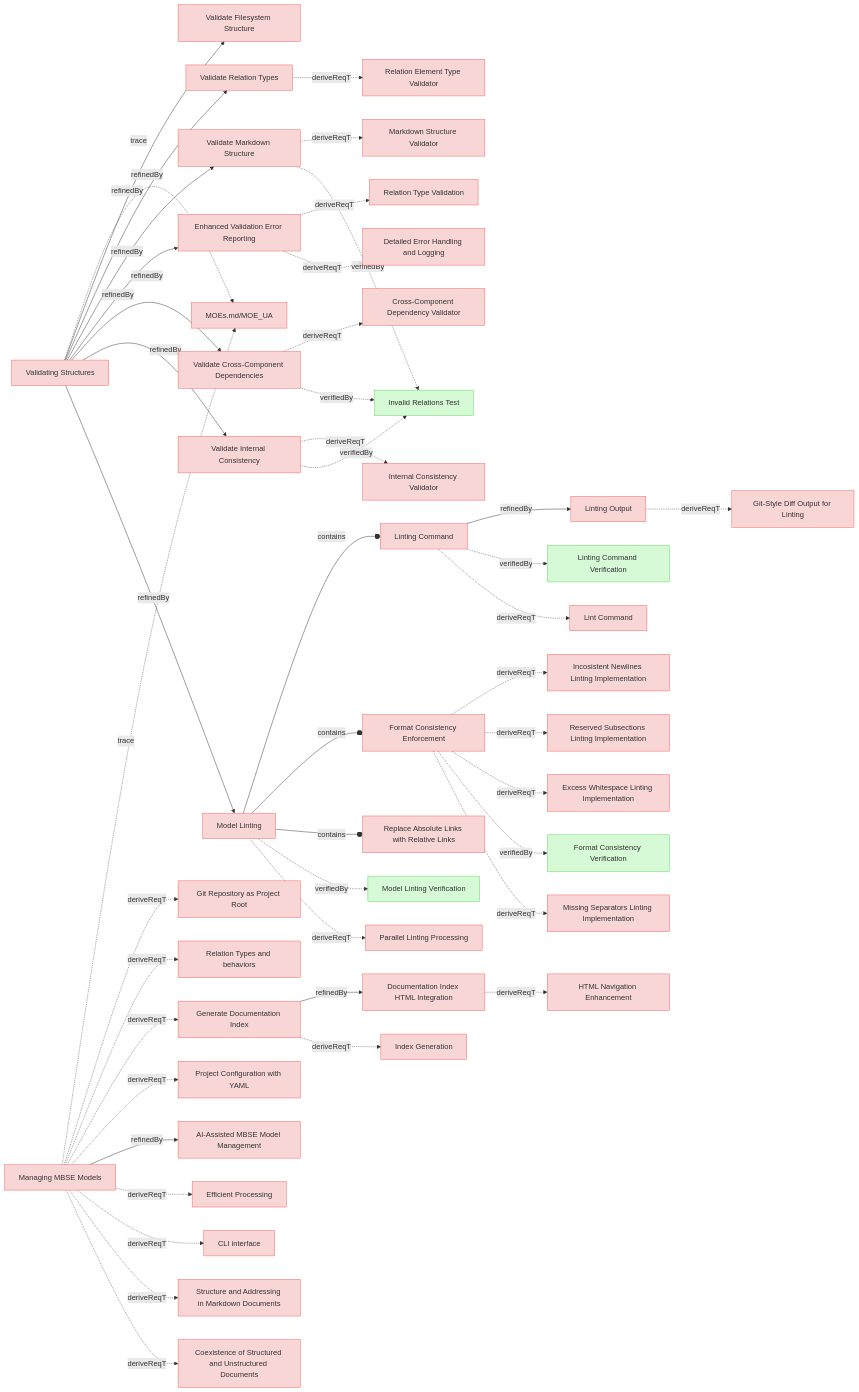
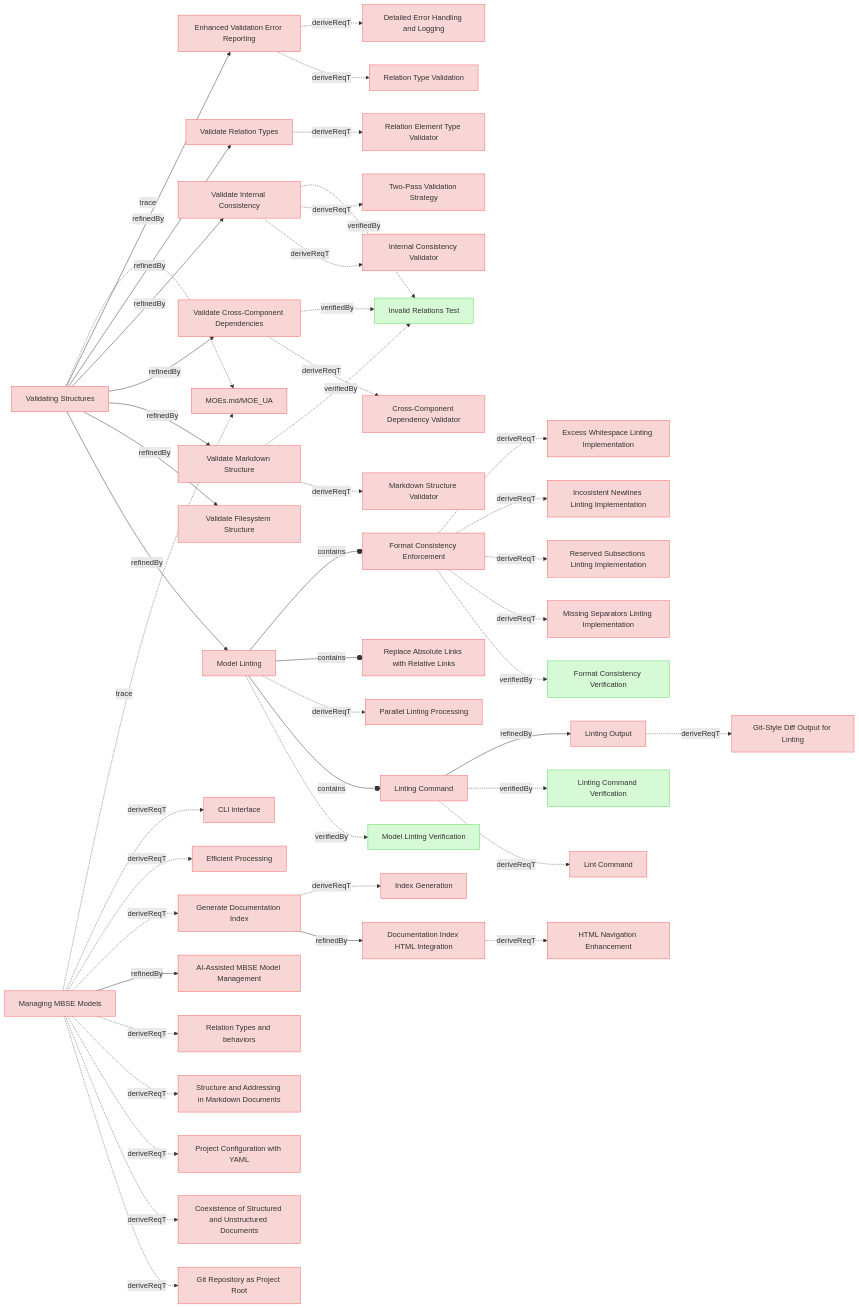
One commit to reqvire-org/reqvire changed the third of 9 diagrams in specifications/UserRequirements.md. Above: the diagram before and after it, drawn with Mermaid. The commit also changed other lines of this file and 64 other files, not shown here.

````diff
--- a/specifications/UserRequirements.md
+++ b/specifications/UserRequirements.md
@@ -133,6 +133,57 @@
   classDef externalLink fill:#d0e0ff,stroke:#3080ff,stroke-width:1px;
   classDef default fill:#f5f5f5,stroke:#333333,stroke-width:1px;
 
+  26fdf88d16b09109["Linting Output"];
+  class 26fdf88d16b09109 requirement;
+  click 26fdf88d16b09109 "UserRequirements.md#linting-output";
+  b7dd9db7a1290b97["Git-Style Diff Output for Linting"];
+  class b7dd9db7a1290b97 requirement;
+  click b7dd9db7a1290b97 "SystemRequirements/Requirements.md#git-style-diff-output-for-linting";
+  26fdf88d16b09109 -.->|deriveReqT| b7dd9db7a1290b97;
+  974ccf933675ef44["Format Consistency Enforcement"];
+  class 974ccf933675ef44 requirement;
+  click 974ccf933675ef44 "UserRequirements.md#format-consistency-enforcement";
+  9f473f6e0b993cac["Excess Whitespace Linting Implementation"];
+  class 9f473f6e0b993cac requirement;
+  click 9f473f6e0b993cac "SystemRequirements/Requirements.md#excess-whitespace-linting-implementation";
+  974ccf933675ef44 -.->|deriveReqT| 9f473f6e0b993cac;
+  7d44a9de72f2ed11["Incosistent Newlines Linting Implementation"];
+  class 7d44a9de72f2ed11 requirement;
+  click 7d44a9de72f2ed11 "SystemRequirements/Requirements.md#incosistent-newlines-linting-implementation";
+  974ccf933675ef44 -.->|deriveReqT| 7d44a9de72f2ed11;
+  a7bd845c64d1685e["Reserved Subsections Linting Implementation"];
+  class a7bd845c64d1685e requirement;
+  click a7bd845c64d1685e "SystemRequirements/Requirements.md#reserved-subsections-linting-implementation";
+  974ccf933675ef44 -.->|deriveReqT| a7bd845c64d1685e;
+  719bf8b75772947d["Missing Separators Linting Implementation"];
+  class 719bf8b75772947d requirement;
+  click 719bf8b75772947d "SystemRequirements/Requirements.md#missing-separators-linting-implementation";
+  974ccf933675ef44 -.->|deriveReqT| 719bf8b75772947d;
+  b8bfbd5ccf026b31["Format Consistency Verification"];
+  class b8bfbd5ccf026b31 verification;
+  click b8bfbd5ccf026b31 "Verifications/LintingTests.md#format-consistency-verification";
+  974ccf933675ef44 -.->|verifiedBy| b8bfbd5ccf026b31;
+  3b10b8811daaed67["Enhanced Validation Error Reporting"];
+  class 3b10b8811daaed67 requirement;
+  click 3b10b8811daaed67 "UserRequirements.md#enhanced-validation-error-reporting";
+  4ecd49d71920c1fc["Detailed Error Handling and Logging"];
+  class 4ecd49d71920c1fc requirement;
+  click 4ecd49d71920c1fc "SystemRequirements/Requirements.md#detailed-error-handling-and-logging";
+  3b10b8811daaed67 -.->|deriveReqT| 4ecd49d71920c1fc;
+  db64a3e25646a37f["Relation Type Validation"];
+  class db64a3e25646a37f requirement;
+  click db64a3e25646a37f "SystemRequirements/Requirements.md#relation-type-validation";
+  3b10b8811daaed67 -.->|deriveReqT| db64a3e25646a37f;
+  8dfe33c28555e80a["Replace Absolute Links with Relative Links"];
+  class 8dfe33c28555e80a requirement;
+  click 8dfe33c28555e80a "UserRequirements.md#replace-absolute-links-with-relative-links";
+  f25cbfbca6d6d92e["Validate Relation Types"];
+  class f25cbfbca6d6d92e requirement;
+  click f25cbfbca6d6d92e "UserRequirements.md#validate-relation-types";
+  dc7a9bb1bbebc57f["Relation Element Type Validator"];
+  class dc7a9bb1bbebc57f requirement;
+  click dc7a9bb1bbebc57f "SystemRequirements/Requirements.md#relation-element-type-validator";
+  f25cbfbca6d6d92e -.->|deriveReqT| dc7a9bb1bbebc57f;
   84b3d0502132adb5["Documentation Index HTML Integration"];
   class 84b3d0502132adb5 requirement;
   click 84b3d0502132adb5 "UserRequirements.md#documentation-index-html-integration";
@@ -140,16 +191,6 @@
   class c1851df0c89e80f8 requirement;
   click c1851df0c89e80f8 "SystemRequirements/Requirements.md#html-navigation-enhancement";
   84b3d0502132adb5 -.->|deriveReqT| c1851df0c89e80f8;
-  26fdf88d16b09109["Linting Output"];
-  class 26fdf88d16b09109 requirement;
-  click 26fdf88d16b09109 "UserRequirements.md#linting-output";
-  b7dd9db7a1290b97["Git-Style Diff Output for Linting"];
-  class b7dd9db7a1290b97 requirement;
-  click b7dd9db7a1290b97 "SystemRequirements/Requirements.md#git-style-diff-output-for-linting";
-  26fdf88d16b09109 -.->|deriveReqT| b7dd9db7a1290b97;
-  5c482dc763b4133a["Validate Filesystem Structure"];
-  class 5c482dc763b4133a requirement;
-  click 5c482dc763b4133a "UserRequirements.md#validate-filesystem-structure";
   a51179cda67cf9f2["Linting Command"];
   class a51179cda67cf9f2 requirement;
   click a51179cda67cf9f2 "UserRequirements.md#linting-command";
@@ -162,148 +203,111 @@
   class deaec107945edbed requirement;
   click deaec107945edbed "SystemRequirements/Requirements.md#lint-command";
   a51179cda67cf9f2 -.->|deriveReqT| deaec107945edbed;
-  f25cbfbca6d6d92e["Validate Relation Types"];
-  class f25cbfbca6d6d92e requirement;
-  click f25cbfbca6d6d92e "UserRequirements.md#validate-relation-types";
-  dc7a9bb1bbebc57f["Relation Element Type Validator"];
-  class dc7a9bb1bbebc57f requirement;
-  click dc7a9bb1bbebc57f "SystemRequirements/Requirements.md#relation-element-type-validator";
-  f25cbfbca6d6d92e -.->|deriveReqT| dc7a9bb1bbebc57f;
   c2b6c74b77726ad9["Generate Documentation Index"];
   class c2b6c74b77726ad9 requirement;
   click c2b6c74b77726ad9 "UserRequirements.md#generate-documentation-index";
-  c2b6c74b77726ad9 -->|refinedBy| 84b3d0502132adb5;
   a21995894299effb["Index Generation"];
   class a21995894299effb requirement;
   click a21995894299effb "SystemRequirements/Requirements.md#index-generation";
   c2b6c74b77726ad9 -.->|deriveReqT| a21995894299effb;
+  c2b6c74b77726ad9 -->|refinedBy| 84b3d0502132adb5;
+  c50887ce89be280a["Validate Internal Consistency"];
+  class c50887ce89be280a requirement;
+  click c50887ce89be280a "UserRequirements.md#validate-internal-consistency";
+  e37dc7f46d75d46["Invalid Relations Test"];
+  class e37dc7f46d75d46 verification;
+  click e37dc7f46d75d46 "Verifications/ValidationTests.md#invalid-relations-test";
+  c50887ce89be280a -.->|verifiedBy| e37dc7f46d75d46;
+  c0cc52075c4770f2["Two-Pass Validation Strategy"];
+  class c0cc52075c4770f2 requirement;
+  click c0cc52075c4770f2 "SystemRequirements/TwoPassValidation.md#two-pass-validation-strategy";
+  c50887ce89be280a -.->|deriveReqT| c0cc52075c4770f2;
+  bcf308e253d2c6e7["Internal Consistency Validator"];
+  class bcf308e253d2c6e7 requirement;
+  click bcf308e253d2c6e7 "SystemRequirements/Requirements.md#internal-consistency-validator";
+  c50887ce89be280a -.->|deriveReqT| bcf308e253d2c6e7;
+  3bd9d29239564eeb["Validate Cross-Component Dependencies"];
+  class 3bd9d29239564eeb requirement;
+  click 3bd9d29239564eeb "UserRequirements.md#validate-cross-component-dependencies";
+  3bd9d29239564eeb -.->|verifiedBy| e37dc7f46d75d46;
+  80aa3982504aea7b["Cross-Component Dependency Validator"];
+  class 80aa3982504aea7b requirement;
+  click 80aa3982504aea7b "SystemRequirements/Requirements.md#cross-component-dependency-validator";
+  3bd9d29239564eeb -.->|deriveReqT| 80aa3982504aea7b;
   586b073cd97908da["Validate Markdown Structure"];
   class 586b073cd97908da requirement;
   click 586b073cd97908da "UserRequirements.md#validate-markdown-structure";
+  586b073cd97908da -.->|verifiedBy| e37dc7f46d75d46;
   9d7ad0f9a306af77["Markdown Structure Validator"];
   class 9d7ad0f9a306af77 requirement;
   click 9d7ad0f9a306af77 "SystemRequirements/Requirements.md#markdown-structure-validator";
   586b073cd97908da -.->|deriveReqT| 9d7ad0f9a306af77;
-  e37dc7f46d75d46["Invalid Relations Test"];
-  class e37dc7f46d75d46 verification;
-  click e37dc7f46d75d46 "Verifications/ValidationTests.md#invalid-relations-test";
-  586b073cd97908da -.->|verifiedBy| e37dc7f46d75d46;
-  974ccf933675ef44["Format Consistency Enforcement"];
-  class 974ccf933675ef44 requirement;
-  click 974ccf933675ef44 "UserRequirements.md#format-consistency-enforcement";
-  7d44a9de72f2ed11["Incosistent Newlines Linting Implementation"];
-  class 7d44a9de72f2ed11 requirement;
-  click 7d44a9de72f2ed11 "SystemRequirements/Requirements.md#incosistent-newlines-linting-implementation";
-  974ccf933675ef44 -.->|deriveReqT| 7d44a9de72f2ed11;
-  a7bd845c64d1685e["Reserved Subsections Linting Implementation"];
-  class a7bd845c64d1685e requirement;
-  click a7bd845c64d1685e "SystemRequirements/Requirements.md#reserved-subsections-linting-implementation";
-  974ccf933675ef44 -.->|deriveReqT| a7bd845c64d1685e;
-  9f473f6e0b993cac["Excess Whitespace Linting Implementation"];
-  class 9f473f6e0b993cac requirement;
-  click 9f473f6e0b993cac "SystemRequirements/Requirements.md#excess-whitespace-linting-implementation";
-  974ccf933675ef44 -.->|deriveReqT| 9f473f6e0b993cac;
-  b8bfbd5ccf026b31["Format Consistency Verification"];
-  class b8bfbd5ccf026b31 verification;
-  click b8bfbd5ccf026b31 "Verifications/LintingTests.md#format-consistency-verification";
-  974ccf933675ef44 -.->|verifiedBy| b8bfbd5ccf026b31;
-  719bf8b75772947d["Missing Separators Linting Implementation"];
-  class 719bf8b75772947d requirement;
-  click 719bf8b75772947d "SystemRequirements/Requirements.md#missing-separators-linting-implementation";
-  974ccf933675ef44 -.->|deriveReqT| 719bf8b75772947d;
-  8dfe33c28555e80a["Replace Absolute Links with Relative Links"];
-  class 8dfe33c28555e80a requirement;
-  click 8dfe33c28555e80a "UserRequirements.md#replace-absolute-links-with-relative-links";
-  3b10b8811daaed67["Enhanced Validation Error Reporting"];
-  class 3b10b8811daaed67 requirement;
-  click 3b10b8811daaed67 "UserRequirements.md#enhanced-validation-error-reporting";
-  db64a3e25646a37f["Relation Type Validation"];
-  class db64a3e25646a37f requirement;
-  click db64a3e25646a37f "SystemRequirements/Requirements.md#relation-type-validation";
-  3b10b8811daaed67 -.->|deriveReqT| db64a3e25646a37f;
-  4ecd49d71920c1fc["Detailed Error Handling and Logging"];
-  class 4ecd49d71920c1fc requirement;
-  click 4ecd49d71920c1fc "SystemRequirements/Requirements.md#detailed-error-handling-and-logging";
-  3b10b8811daaed67 -.->|deriveReqT| 4ecd49d71920c1fc;
-  3bd9d29239564eeb["Validate Cross-Component Dependencies"];
-  class 3bd9d29239564eeb requirement;
-  click 3bd9d29239564eeb "UserRequirements.md#validate-cross-component-dependencies";
-  80aa3982504aea7b["Cross-Component Dependency Validator"];
-  class 80aa3982504aea7b requirement;
-  click 80aa3982504aea7b "SystemRequirements/Requirements.md#cross-component-dependency-validator";
-  3bd9d29239564eeb -.->|deriveReqT| 80aa3982504aea7b;
-  3bd9d29239564eeb -.->|verifiedBy| e37dc7f46d75d46;
-  c50887ce89be280a["Validate Internal Consistency"];
-  class c50887ce89be280a requirement;
-  click c50887ce89be280a "UserRequirements.md#validate-internal-consistency";
-  bcf308e253d2c6e7["Internal Consistency Validator"];
-  class bcf308e253d2c6e7 requirement;
-  click bcf308e253d2c6e7 "SystemRequirements/Requirements.md#internal-consistency-validator";
-  c50887ce89be280a -.->|deriveReqT| bcf308e253d2c6e7;
-  c50887ce89be280a -.->|verifiedBy| e37dc7f46d75d46;
+  5c482dc763b4133a["Validate Filesystem Structure"];
+  class 5c482dc763b4133a requirement;
+  click 5c482dc763b4133a "UserRequirements.md#validate-filesystem-structure";
   7305c1d6f7f1e2b2["Model Linting"];
   class 7305c1d6f7f1e2b2 requirement;
   click 7305c1d6f7f1e2b2 "UserRequirements.md#model-linting";
-  7305c1d6f7f1e2b2 --o|contains| a51179cda67cf9f2;
   7305c1d6f7f1e2b2 --o|contains| 974ccf933675ef44;
   7305c1d6f7f1e2b2 --o|contains| 8dfe33c28555e80a;
+  47401bd64e231632["Parallel Linting Processing"];
+  class 47401bd64e231632 requirement;
+  click 47401bd64e231632 "SystemRequirements/Requirements.md#parallel-linting-processing";
+  7305c1d6f7f1e2b2 -.->|deriveReqT| 47401bd64e231632;
+  7305c1d6f7f1e2b2 --o|contains| a51179cda67cf9f2;
   6481e4ca8c4d6920["Model Linting Verification"];
   class 6481e4ca8c4d6920 verification;
   click 6481e4ca8c4d6920 "Verifications/LintingTests.md#model-linting-verification";
   7305c1d6f7f1e2b2 -.->|verifiedBy| 6481e4ca8c4d6920;
-  47401bd64e231632["Parallel Linting Processing"];
-  class 47401bd64e231632 requirement;
-  click 47401bd64e231632 "SystemRequirements/Requirements.md#parallel-linting-processing";
-  7305c1d6f7f1e2b2 -.->|deriveReqT| 47401bd64e231632;
+  113748a94885138d["Validating Structures"];
+  class 113748a94885138d requirement;
+  click 113748a94885138d "UserStories.md#validating-structures";
+  2c5f30f14e792200["MOEs.md/MOE_UA"];
+  class 2c5f30f14e792200 requirement;
+  click 2c5f30f14e792200 "MOEs.md#moe_ua";
+  113748a94885138d -.->|trace| 2c5f30f14e792200;
+  113748a94885138d -->|refinedBy| 3b10b8811daaed67;
+  113748a94885138d -->|refinedBy| f25cbfbca6d6d92e;
+  113748a94885138d -->|refinedBy| c50887ce89be280a;
+  113748a94885138d -->|refinedBy| 3bd9d29239564eeb;
+  113748a94885138d -->|refinedBy| 586b073cd97908da;
+  113748a94885138d -->|refinedBy| 5c482dc763b4133a;
+  113748a94885138d -->|refinedBy| 7305c1d6f7f1e2b2;
   e61b7c1baa89bfc6["Managing MBSE Models"];
   class e61b7c1baa89bfc6 requirement;
   click e61b7c1baa89bfc6 "UserStories.md#managing-mbse-models";
-  2c5f30f14e792200["MOEs.md/MOE_UA"];
-  class 2c5f30f14e792200 requirement;
-  click 2c5f30f14e792200 "MOEs.md#moe_ua";
   e61b7c1baa89bfc6 -.->|trace| 2c5f30f14e792200;
+  f28849d46c19af44["CLI interface"];
+  class f28849d46c19af44 requirement;
+  click f28849d46c19af44 "UserRequirements.md#cli-interface";
+  e61b7c1baa89bfc6 -.->|deriveReqT| f28849d46c19af44;
+  d193d11c43776bec["Efficient Processing"];
+  class d193d11c43776bec requirement;
+  click d193d11c43776bec "ManagingMbseModelsRequirements.md#efficient-processing";
+  e61b7c1baa89bfc6 -.->|deriveReqT| d193d11c43776bec;
+  e61b7c1baa89bfc6 -.->|deriveReqT| c2b6c74b77726ad9;
+  cd2d5dab49985ca2["AI-Assisted MBSE Model Management"];
+  class cd2d5dab49985ca2 requirement;
+  click cd2d5dab49985ca2 "UserStories.md#ai-assisted-mbse-model-management";
+  e61b7c1baa89bfc6 -->|refinedBy| cd2d5dab49985ca2;
+  551906d5c51d91d9["Relation Types and behaviors"];
+  class 551906d5c51d91d9 requirement;
+  click 551906d5c51d91d9 "SpecificationsRequirements.md#relation-types-and-behaviors";
+  e61b7c1baa89bfc6 -.->|deriveReqT| 551906d5c51d91d9;
+  ade67c27bc5d3bbd["Structure and Addressing in Markdown Documents"];
+  class ade67c27bc5d3bbd requirement;
+  click ade67c27bc5d3bbd "SpecificationsRequirements.md#structure-and-addressing-in-markdown-documents";
+  e61b7c1baa89bfc6 -.->|deriveReqT| ade67c27bc5d3bbd;
+  16b4b380c917deb1["Project Configuration with YAML"];
+  class 16b4b380c917deb1 requirement;
+  click 16b4b380c917deb1 "ManagingMbseModelsRequirements.md#project-configuration-with-yaml";
+  e61b7c1baa89bfc6 -.->|deriveReqT| 16b4b380c917deb1;
+  f0d721424636370e["Coexistence of Structured and Unstructured Documents"];
+  class f0d721424636370e requirement;
+  click f0d721424636370e "ManagingMbseModelsRequirements.md#coexistence-of-structured-and-unstructured-documents";
+  e61b7c1baa89bfc6 -.->|deriveReqT| f0d721424636370e;
   649d72765b13e14f["Git Repository as Project Root"];
   class 649d72765b13e14f requirement;
   click 649d72765b13e14f "ManagingMbseModelsRequirements.md#git-repository-as-project-root";
   e61b7c1baa89bfc6 -.->|deriveReqT| 649d72765b13e14f;
-  551906d5c51d91d9["Relation Types and behaviors"];
-  class 551906d5c51d91d9 requirement;
-  click 551906d5c51d91d9 "SpecificationsRequirements.md#relation-types-and-behaviors";
-  e61b7c1baa89bfc6 -.->|deriveReqT| 551906d5c51d91d9;
-  e61b7c1baa89bfc6 -.->|deriveReqT| c2b6c74b77726ad9;
-  16b4b380c917deb1["Project Configuration with YAML"];
-  class 16b4b380c917deb1 requirement;
-  click 16b4b380c917deb1 "ManagingMbseModelsRequirements.md#project-configuration-with-yaml";
-  e61b7c1baa89bfc6 -.->|deriveReqT| 16b4b380c917deb1;
-  cd2d5dab49985ca2["AI-Assisted MBSE Model Management"];
-  class cd2d5dab49985ca2 requirement;
-  click cd2d5dab49985ca2 "UserStories.md#ai-assisted-mbse-model-management";
-  e61b7c1baa89bfc6 -->|refinedBy| cd2d5dab49985ca2;
-  d193d11c43776bec["Efficient Processing"];
-  class d193d11c43776bec requirement;
-  click d193d11c43776bec "ManagingMbseModelsRequirements.md#efficient-processing";
-  e61b7c1baa89bfc6 -.->|deriveReqT| d193d11c43776bec;
-  f28849d46c19af44["CLI interface"];
-  class f28849d46c19af44 requirement;
-  click f28849d46c19af44 "UserRequirements.md#cli-interface";
-  e61b7c1baa89bfc6 -.->|deriveReqT| f28849d46c19af44;
-  ade67c27bc5d3bbd["Structure and Addressing in Markdown Documents"];
-  class ade67c27bc5d3bbd requirement;
-  click ade67c27bc5d3bbd "SpecificationsRequirements.md#structure-and-addressing-in-markdown-documents";
-  e61b7c1baa89bfc6 -.->|deriveReqT| ade67c27bc5d3bbd;
-  f0d721424636370e["Coexistence of Structured and Unstructured Documents"];
-  class f0d721424636370e requirement;
-  click f0d721424636370e "ManagingMbseModelsRequirements.md#coexistence-of-structured-and-unstructured-documents";
-  e61b7c1baa89bfc6 -.->|deriveReqT| f0d721424636370e;
-  113748a94885138d["Validating Structures"];
-  class 113748a94885138d requirement;
-  click 113748a94885138d "UserStories.md#validating-structures";
-  113748a94885138d -.->|trace| 2c5f30f14e792200;
-  113748a94885138d -->|refinedBy| 5c482dc763b4133a;
-  113748a94885138d -->|refinedBy| f25cbfbca6d6d92e;
-  113748a94885138d -->|refinedBy| 586b073cd97908da;
-  113748a94885138d -->|refinedBy| 3b10b8811daaed67;
-  113748a94885138d -->|refinedBy| 3bd9d29239564eeb;
-  113748a94885138d -->|refinedBy| c50887ce89be280a;
-  113748a94885138d -->|refinedBy| 7305c1d6f7f1e2b2;
 ```
````
